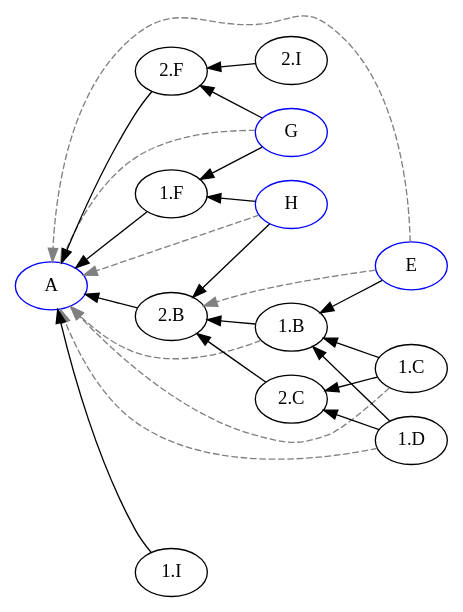
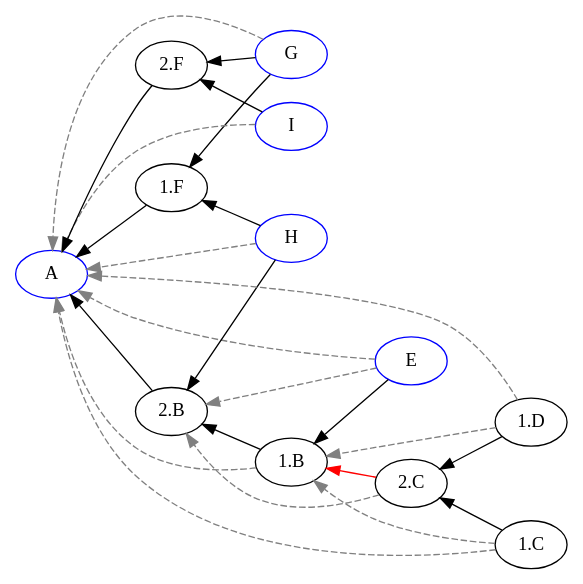
The diagram in example/output/abstract/abstract.dot (EulerProject/EulerX), drawn with Graphviz before and after one commit. The commit also changed 12 other files, not shown here.

```diff
--- a/example/output/abstract/abstract.dot
+++ b/example/output/abstract/abstract.dot
@@ -1,32 +1,34 @@
 digraph {
 
 rankdir = RL
 
 "A" [color=blue];
 "E" [color=blue];
 "G" [color=blue];
 "H" [color=blue];
-"1.C" -> "1.B" [style=filled, color=black];
-"1.D" -> "1.B" [style=filled, color=black];
-"2.C" -> "2.B" [style=filled, color=black];
-"2.I" -> "2.F" [style=filled, color=black];
+"I" [color=blue];
 "1.B" -> "2.B" [style=filled, color=black];
 "1.C" -> "2.C" [style=filled, color=black];
 "1.D" -> "2.C" [style=filled, color=black];
+"2.C" -> "1.B" [style=filled, color=red];
 "2.B" -> "A" [style=filled, color=black];
 "2.F" -> "A" [style=filled, color=black];
 "1.F" -> "A" [style=filled, color=black];
-"1.I" -> "A" [style=filled, color=black];
 "E" -> "1.B" [style=filled, color=black];
 "G" -> "1.F" [style=filled, color=black];
 "G" -> "2.F" [style=filled, color=black];
 "H" -> "1.F" [style=filled, color=black];
 "H" -> "2.B" [style=filled, color=black];
+"I" -> "2.F" [style=filled, color=black];
 "1.C" -> "A" [style=dashed, color=grey];
 "1.D" -> "A" [style=dashed, color=grey];
 "1.B" -> "A" [style=dashed, color=grey];
+"1.C" -> "1.B" [style=dashed, color=grey];
+"1.D" -> "1.B" [style=dashed, color=grey];
+"2.C" -> "2.B" [style=dashed, color=grey];
 "E" -> "2.B" [style=dashed, color=grey];
 "E" -> "A" [style=dashed, color=grey];
 "G" -> "A" [style=dashed, color=grey];
 "H" -> "A" [style=dashed, color=grey];
+"I" -> "A" [style=dashed, color=grey];
 }
```
